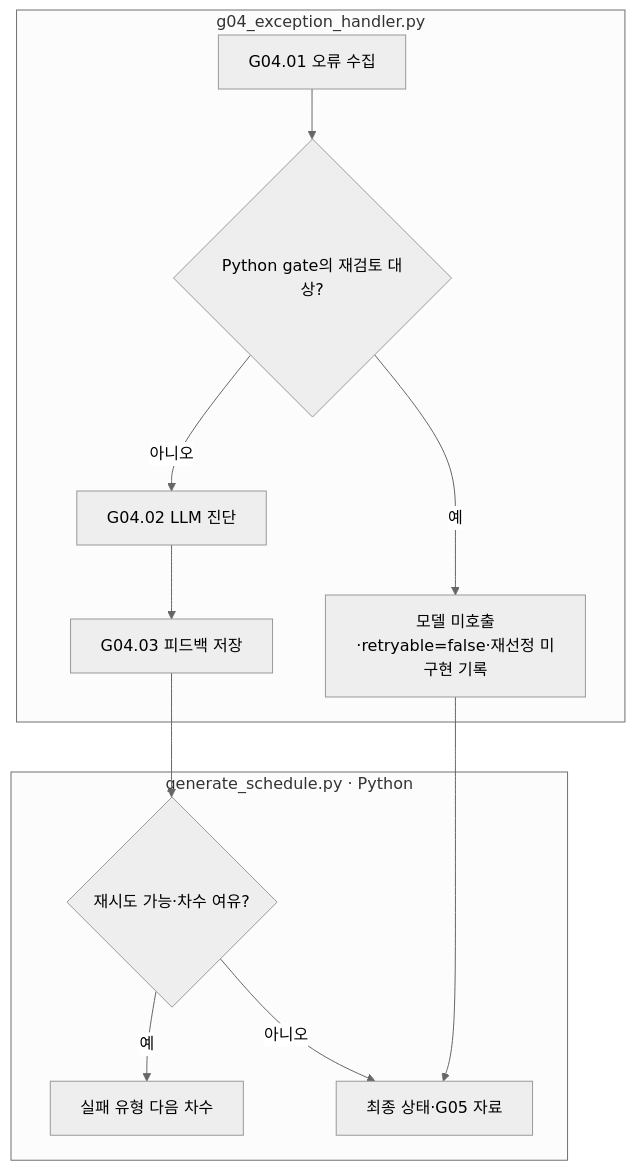
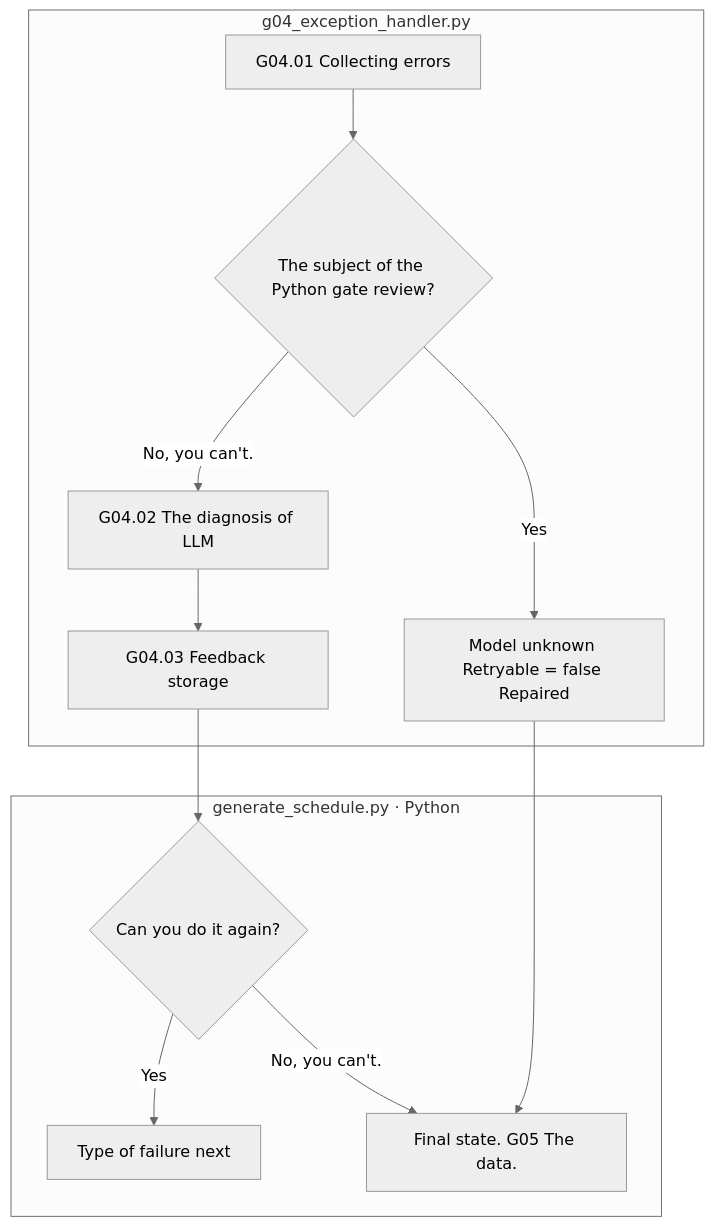
Before and after one commit to pnu-clink/finject: the diagram in src/finarch/documentation/templates/stages/01-dataset/02-generation/04-exception-handler/README.md, drawn with Mermaid (neutral theme). The commit also changed other lines of this file and 644 other files, not shown here.

````diff
--- a/src/finarch/documentation/templates/stages/01-dataset/02-generation/04-exception-handler/README.md
+++ b/src/finarch/documentation/templates/stages/01-dataset/02-generation/04-exception-handler/README.md
@@ -13,14 +13,14 @@
 ```mermaid
 flowchart TD
  subgraph H["g04_exception_handler.py"]
-  A["G04.01 오류 수집"] --> B{"Python gate의 재검토 대상?"}
-  B -->|예| C["모델 미호출·retryable=false·재선정 미구현 기록"]
-  B -->|아니오| D["G04.02 LLM 진단"] --> E["G04.03 피드백 저장"]
+  A["G04.01 Collecting errors"] --> B{"The subject of the Python gate review?"}
+  B -->|Yes| C["Model unknown Retryable = false Repaired"]
+  B -->|No, you can't.| D["G04.02 The diagnosis of LLM"] --> E["G04.03 Feedback storage"]
  end
  subgraph S["generate_schedule.py · Python"]
-  E --> F{"재시도 가능·차수 여유?"}
-  F -->|예| G["실패 유형 다음 차수"]
-  F -->|아니오| R["최종 상태·G05 자료"]
+  E --> F{"Can you do it again?"}
+  F -->|Yes| G["Type of failure next"]
+  F -->|No, you can't.| R["Final state. G05 The data."]
   C --> R
  end
 ```
````
